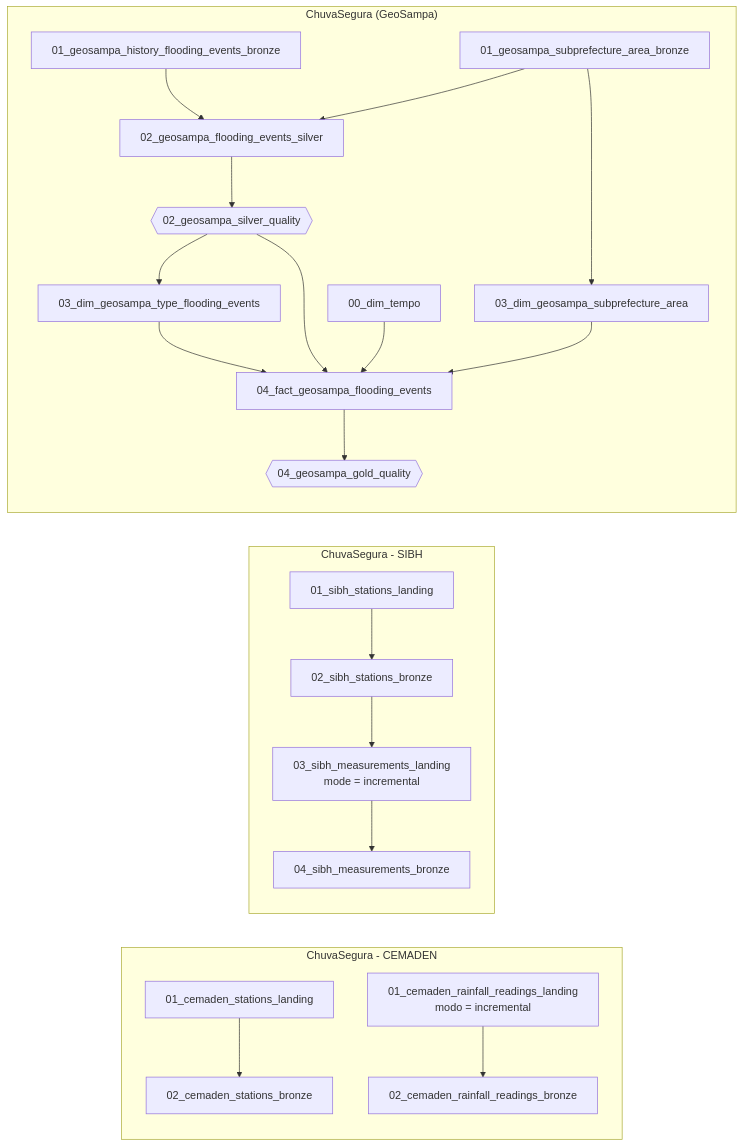
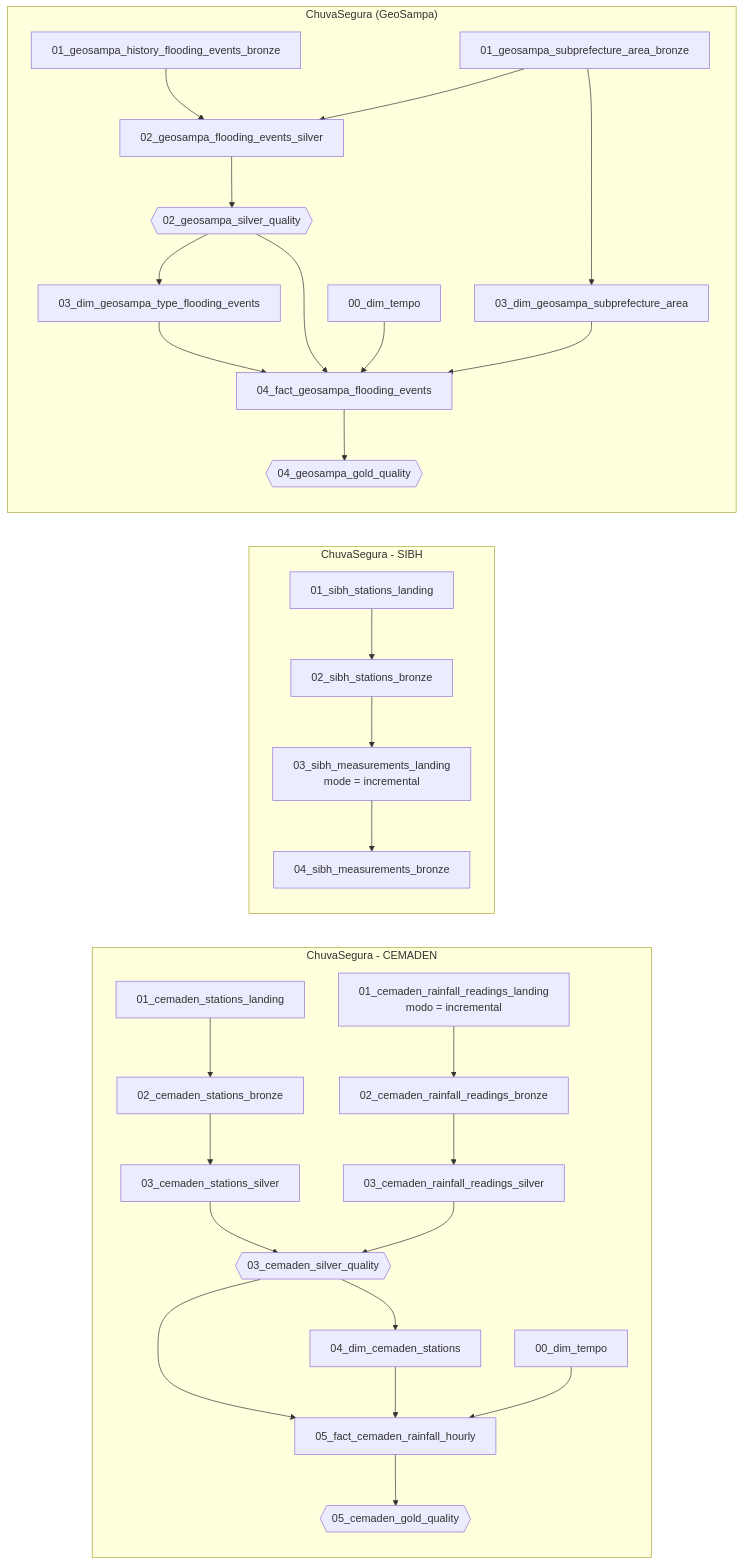
One commit to juniorOnData/FIAP-GS2-2TSCPV-2026 changed the second of 2 diagrams in README.md. Above: the diagram before and after it, drawn with Mermaid. The commit also changed other lines of this file and 9 other files, not shown here.

First line of the commit message:
Silver e Gold do CEMADEN

````diff
--- a/README.md
+++ b/README.md
@@ -200,22 +220,29 @@
 ```mermaid
 flowchart LR
   subgraph cemaden["ChuvaSegura - CEMADEN"]
-    C1[01_cemaden_stations_landing] --> C2[02_cemaden_stations_bronze]
-    C3[01_cemaden_rainfall_readings_landing<br/>modo = incremental] --> C4[02_cemaden_rainfall_readings_bronze]
+    C1[01_cemaden_stations_landing] --> C2[02_cemaden_stations_bronze] --> C5[03_cemaden_stations_silver]
+    C3[01_cemaden_rainfall_readings_landing<br/>modo = incremental] --> C4[02_cemaden_rainfall_readings_bronze] --> C6[03_cemaden_rainfall_readings_silver]
+    C5 --> CQ1{{03_cemaden_silver_quality}}
+    C6 --> CQ1
+    CQ1 --> C7[04_dim_cemaden_stations]
+    CQ1 --> C8[05_fact_cemaden_rainfall_hourly]
+    C7 --> C8
+    CT[00_dim_tempo] --> C8
+    C8 --> CQ2{{05_cemaden_gold_quality}}
   end
   subgraph sibh["ChuvaSegura - SIBH"]
     S1[01_sibh_stations_landing] --> S2[02_sibh_stations_bronze] --> S3[03_sibh_measurements_landing<br/>mode = incremental] --> S4[04_sibh_measurements_bronze]
   end
   subgraph geosampa["ChuvaSegura (GeoSampa)"]
     G1[01_geosampa_history_flooding_events_bronze] --> G3[02_geosampa_flooding_events_silver]
     G2[01_geosampa_subprefecture_area_bronze] --> G3
     G2 --> G4[03_dim_geosampa_subprefecture_area]
     G3 --> Q1{{02_geosampa_silver_quality}}
     Q1 --> G5[03_dim_geosampa_type_flooding_events]
     Q1 --> G6[04_fact_geosampa_flooding_events]
     G4 --> G6
     G5 --> G6
     T0[00_dim_tempo] --> G6
     G6 --> Q2{{04_geosampa_gold_quality}}
   end
 ```
````
